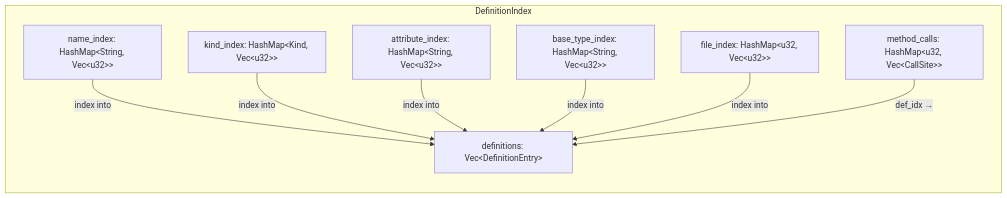
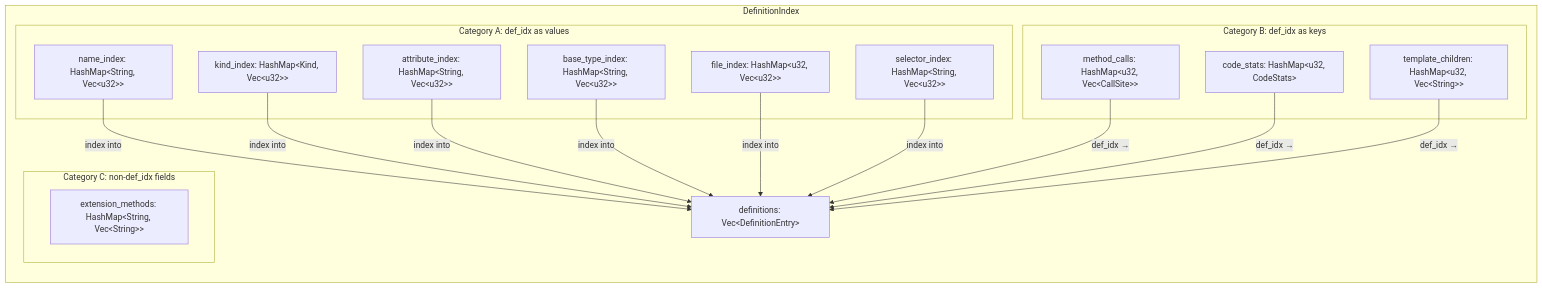
One commit to pustynsky/xray changed the second of 9 diagrams in docs/architecture.md. Above: the diagram before and after it, drawn with Mermaid. The commit also changed other lines of this file and 6 other files, not shown here.

````diff
--- a/docs/architecture.md
+++ b/docs/architecture.md
@@ -114,19 +123,35 @@
 ```mermaid
 graph LR
     subgraph DefinitionIndex
         DEFS["definitions: Vec&lt;DefinitionEntry&gt;"]
-        NI["name_index: HashMap&lt;String, Vec&lt;u32&gt;&gt;"]
-        KI["kind_index: HashMap&lt;Kind, Vec&lt;u32&gt;&gt;"]
-        AI["attribute_index: HashMap&lt;String, Vec&lt;u32&gt;&gt;"]
-        BTI["base_type_index: HashMap&lt;String, Vec&lt;u32&gt;&gt;"]
-        FII["file_index: HashMap&lt;u32, Vec&lt;u32&gt;&gt;"]
-        MC["method_calls: HashMap&lt;u32, Vec&lt;CallSite&gt;&gt;"]
+
+        subgraph CatA["Category A: def_idx as values"]
+            NI["name_index: HashMap&lt;String, Vec&lt;u32&gt;&gt;"]
+            KI["kind_index: HashMap&lt;Kind, Vec&lt;u32&gt;&gt;"]
+            AI["attribute_index: HashMap&lt;String, Vec&lt;u32&gt;&gt;"]
+            BTI["base_type_index: HashMap&lt;String, Vec&lt;u32&gt;&gt;"]
+            FII["file_index: HashMap&lt;u32, Vec&lt;u32&gt;&gt;"]
+            SI["selector_index: HashMap&lt;String, Vec&lt;u32&gt;&gt;"]
+        end
+
+        subgraph CatB["Category B: def_idx as keys"]
+            MC["method_calls: HashMap&lt;u32, Vec&lt;CallSite&gt;&gt;"]
+            CS["code_stats: HashMap&lt;u32, CodeStats&gt;"]
+            TC["template_children: HashMap&lt;u32, Vec&lt;String&gt;&gt;"]
+        end
+
+        subgraph CatC["Category C: non-def_idx fields"]
+            EM["extension_methods: HashMap&lt;String, Vec&lt;String&gt;&gt;"]
+        end
     end
 
     NI -->|"index into"| DEFS
     KI -->|"index into"| DEFS
     AI -->|"index into"| DEFS
     BTI -->|"index into"| DEFS
     FII -->|"index into"| DEFS
+    SI -->|"index into"| DEFS
     MC -->|"def_idx →"| DEFS
+    CS -->|"def_idx →"| DEFS
+    TC -->|"def_idx →"| DEFS
 ```
````
